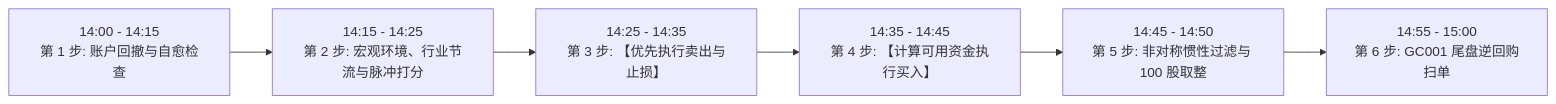
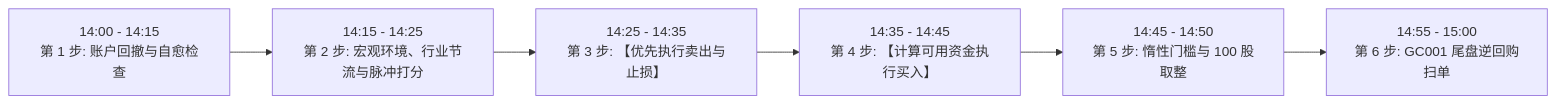
One commit to stonewell/quant_research changed the second of 2 diagrams in docs/ruleset/chan_dual_hybrid_blend/rules_cn.md. Above: the diagram before and after it, drawn with Mermaid. The commit also changed other lines of this file and 11 other files, not shown here.

````diff
--- a/docs/ruleset/chan_dual_hybrid_blend/rules_cn.md
+++ b/docs/ruleset/chan_dual_hybrid_blend/rules_cn.md
@@ -82,8 +82,8 @@
 ```mermaid
 flowchart LR
     T1["14:00 - 14:15\n第 1 步: 账户回撤与自愈检查"] --> T2["14:15 - 14:25\n第 2 步: 宏观环境、行业节流与脉冲打分"]
     T2 --> T3["14:25 - 14:35\n第 3 步: 【优先执行卖出与止损】"]
     T3 --> T4["14:35 - 14:45\n第 4 步: 【计算可用资金执行买入】"]
-    T4 --> T5["14:45 - 14:50\n第 5 步: 非对称惯性过滤与 100 股取整"]
+    T4 --> T5["14:45 - 14:50\n第 5 步: 惰性门槛与 100 股取整"]
     T5 --> T6["14:55 - 15:00\n第 6 步: GC001 尾盘逆回购扫单"]
 ```
````
